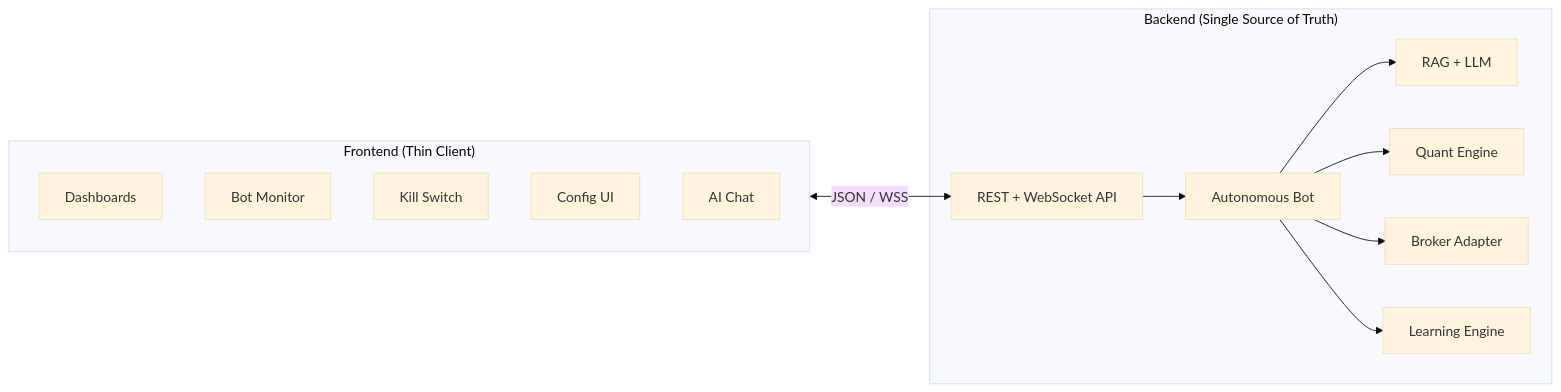
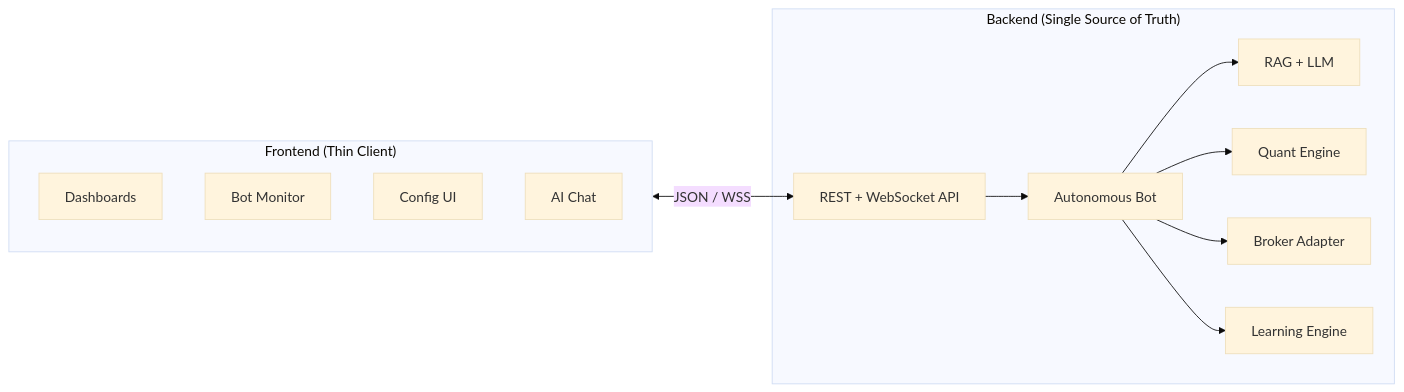
One commit to KarthikBattaram19/Trading_Bot_1 changed the fourth of 21 diagrams in Docs/architecture.md. Above: the diagram before and after it, drawn with Mermaid (base theme). The commit also changed other lines of this file and 3 other files, not shown here.

First line of the commit message:
Sweep remaining stale kill-switch references from docs and local config

````diff
--- a/Docs/architecture.md
+++ b/Docs/architecture.md
@@ -367,26 +367,25 @@
 ```mermaid
 flowchart LR
     subgraph Frontend["Frontend (Thin Client)"]
         D[Dashboards]
         M[Bot Monitor]
-        K[Kill Switch]
         C[Config UI]
         A[AI Chat]
     end
 
     subgraph Backend["Backend (Single Source of Truth)"]
         API[REST + WebSocket API]
         BOT[Autonomous Bot]
         RAG[RAG + LLM]
         QUANT[Quant Engine]
         BROKER[Broker Adapter]
         LEARN[Learning Engine]
     end
 
     Frontend <-->|JSON / WSS| API
     API --> BOT
     BOT --> RAG
     BOT --> QUANT
     BOT --> BROKER
     BOT --> LEARN
 ```
````
